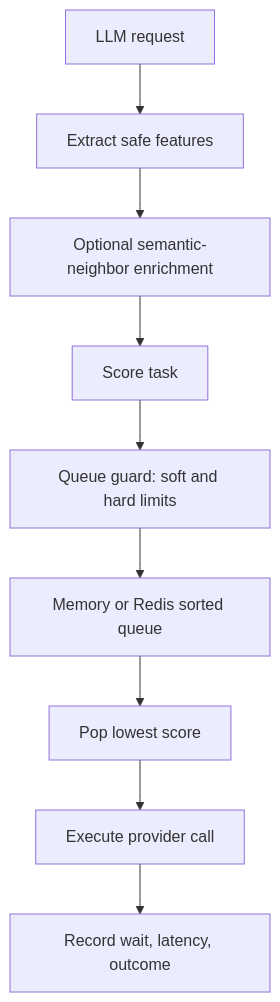
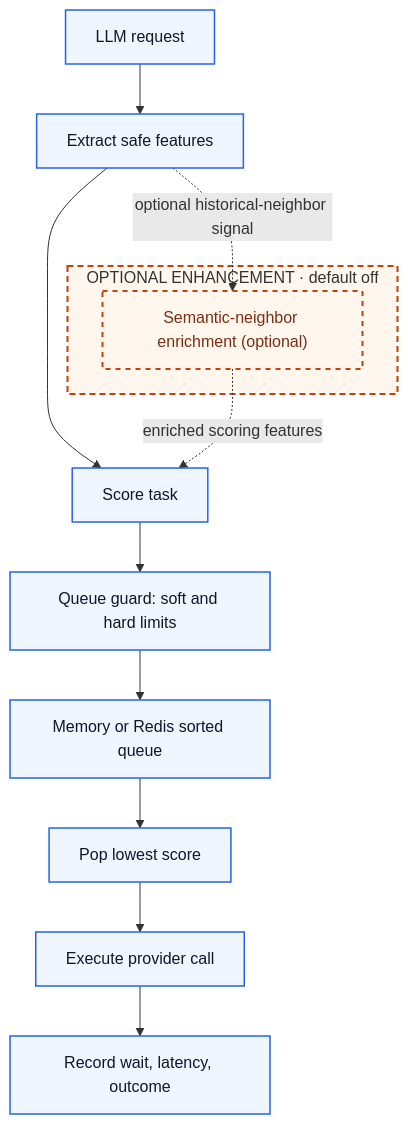
The second of 4 diagrams in docs/llm-latency-optimization.md (zardonc/VeloxMesh), drawn with Mermaid before and after one commit. The commit also changed other lines of this file, not shown here.

Commit message:
docs: optimize LLM latency optimization design and architecture overview

````diff
--- a/docs/llm-latency-optimization.md
+++ b/docs/llm-latency-optimization.md
@@ -40,11 +67,23 @@
 ```mermaid
 flowchart TD
     Request["LLM request"] --> Features["Extract safe features"]
-    Features --> Enrich["Optional semantic-neighbor enrichment"]
-    Enrich --> Score["Score task"]
+    Features --> Score["Score task"]
+
+    subgraph OptionalEnrichment["OPTIONAL ENHANCEMENT · default off"]
+        Enrich["Semantic-neighbor enrichment (optional)"]
+    end
+
+    Features -. "optional historical-neighbor signal" .-> Enrich
+    Enrich -. "enriched scoring features" .-> Score
     Score --> Guard["Queue guard: soft and hard limits"]
     Guard --> Queue["Memory or Redis sorted queue"]
     Queue --> Pop["Pop lowest score"]
     Pop --> ProviderCall["Execute provider call"]
     ProviderCall --> Evidence["Record wait, latency, outcome"]
+
+    classDef core fill:#eff6ff,stroke:#2563eb,stroke-width:1.5px,color:#0f172a;
+    classDef optional fill:#fff7ed,stroke:#c2410c,stroke-width:2px,stroke-dasharray:5 5,color:#7c2d12;
+    class Request,Features,Score,Guard,Queue,Pop,ProviderCall,Evidence core;
+    class Enrich optional;
+    style OptionalEnrichment fill:#fff7ed,stroke:#c2410c,stroke-width:2px,stroke-dasharray:6 4;
 ```
````
